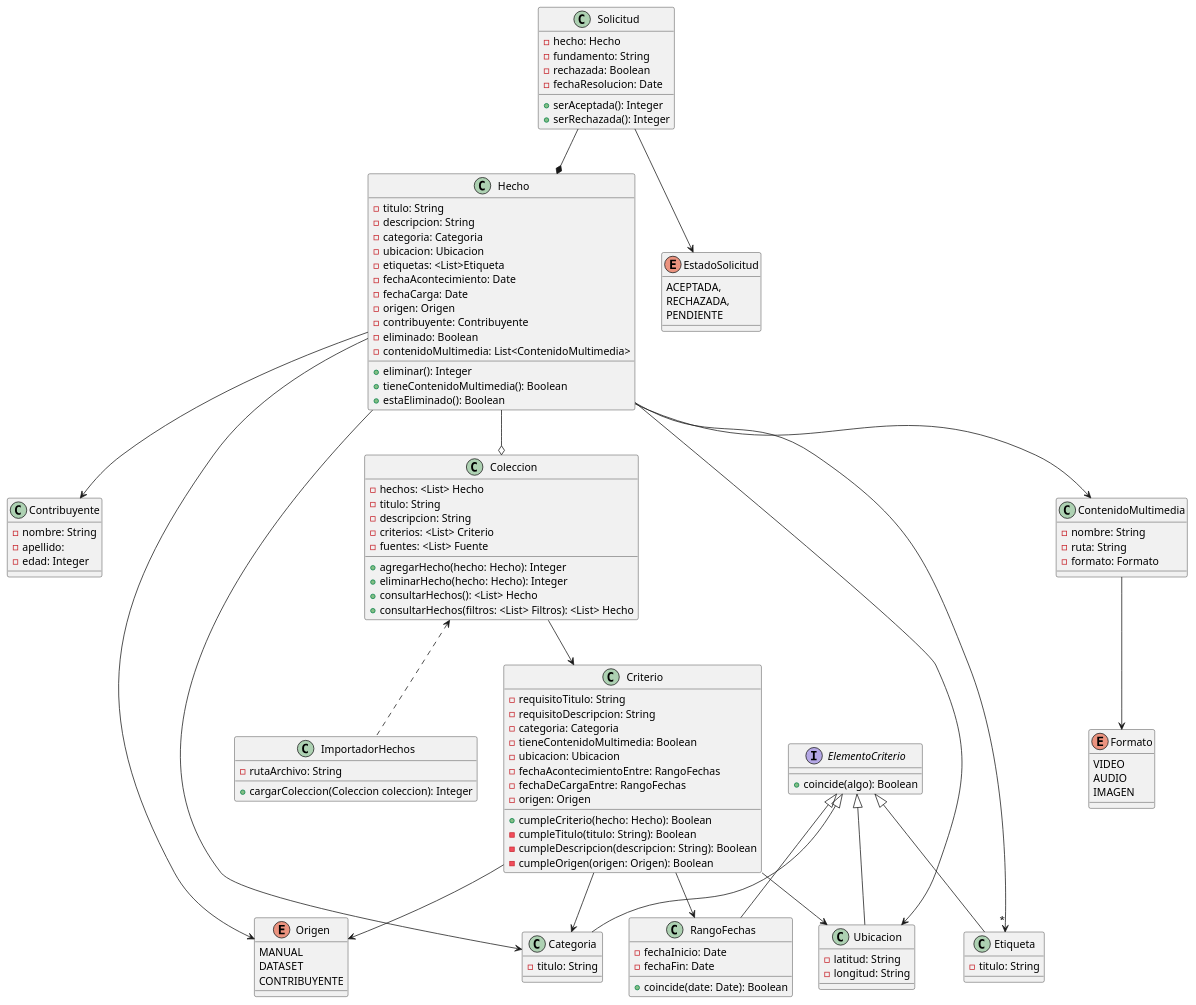
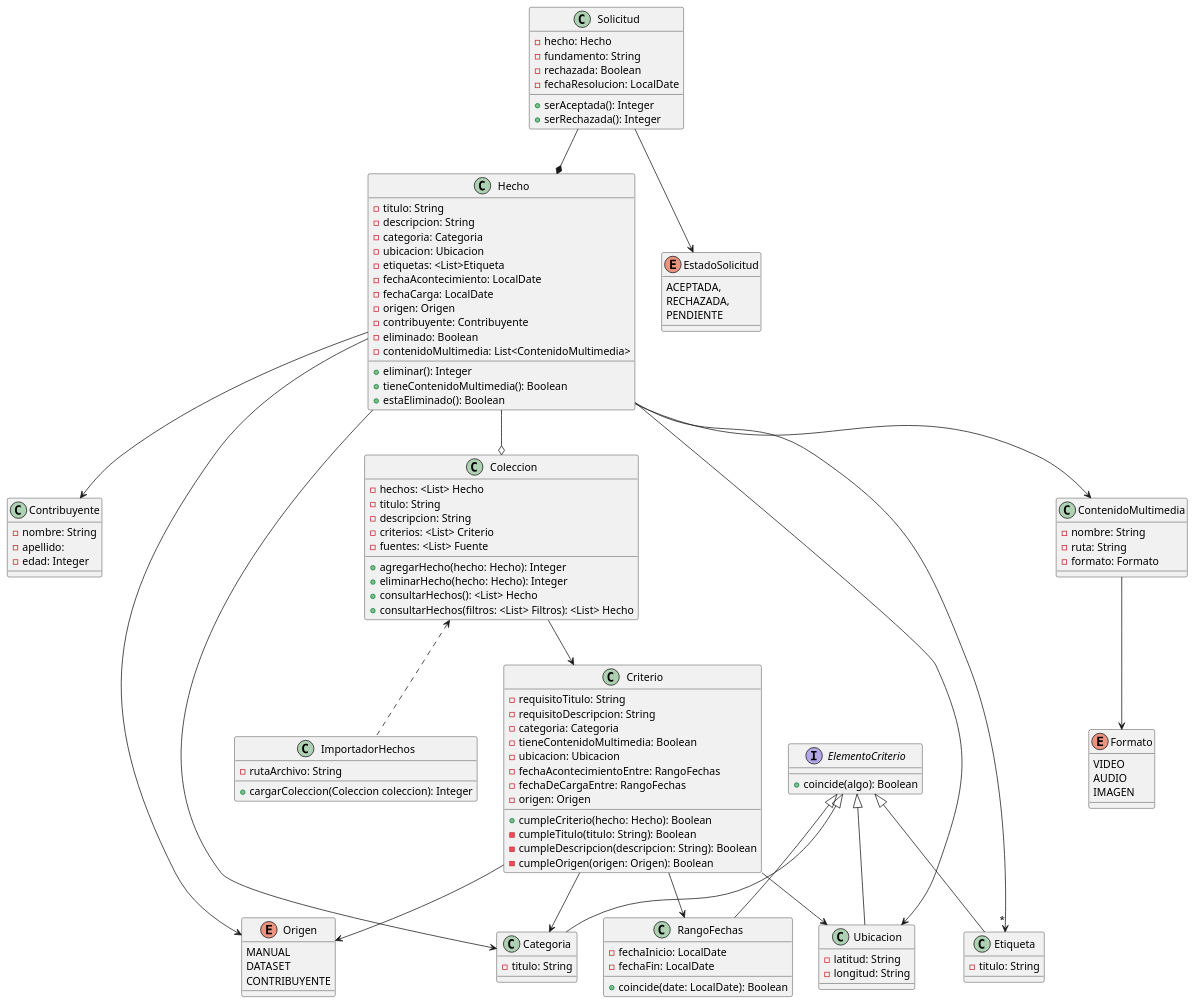
One commit to BrunoRodriguezzz/tp-dsi changed the diagram in DiagramaDeClases-1°Entrega.puml. Above: the diagram before and after it, drawn with PlantUML. The commit also changed 3 other files, not shown here.

```diff
--- a/DiagramaDeClases-1°Entrega.puml
+++ b/DiagramaDeClases-1°Entrega.puml
@@ -1,144 +1,144 @@
 @startuml
 'Hecho
 Hecho --> Contribuyente
 Hecho --> Origen
 Hecho --> Categoria
 Hecho --> Ubicacion
 Hecho -->"*" Etiqueta
 Hecho --o Coleccion
 
 Solicitud --* Hecho
 
 Coleccion --> Criterio
 
 'Criterio
 Criterio --> RangoFechas
 Criterio --> Origen
 Criterio --> Categoria
 Criterio --> Ubicacion
 
 Solicitud --> EstadoSolicitud
 
 'Interface
 ElementoCriterio <|-- Ubicacion
 ElementoCriterio <|-- Categoria
 ElementoCriterio <|-- Etiqueta
 ElementoCriterio <|-- RangoFechas
 
 ContenidoMultimedia --> Formato
 Hecho --> ContenidoMultimedia
 Coleccion <.. ImportadorHechos
 
 class Contribuyente {
     -nombre: String
     -apellido:
     -edad: Integer
 }
 
 enum EstadoSolicitud {
     ACEPTADA,
     RECHAZADA,
     PENDIENTE
 }
 
 class ContenidoMultimedia {
     -nombre: String
     -ruta: String
     -formato: Formato
 }
 
 enum Formato {
     VIDEO
     AUDIO
     IMAGEN
 }
 
 class Hecho {
     -titulo: String
     -descripcion: String
     -categoria: Categoria
     -ubicacion: Ubicacion
     -etiquetas: <List>Etiqueta
-    -fechaAcontecimiento: Date
-    -fechaCarga: Date
+    -fechaAcontecimiento: LocalDate
+    -fechaCarga: LocalDate
     -origen: Origen
     -contribuyente: Contribuyente
     -eliminado: Boolean
     -contenidoMultimedia: List<ContenidoMultimedia>
     +eliminar(): Integer
     +tieneContenidoMultimedia(): Boolean
     +estaEliminado(): Boolean
 }
 
 class ImportadorHechos {
     -rutaArchivo: String
     +cargarColeccion(Coleccion coleccion): Integer
 }
 
 class Etiqueta {
     -titulo: String
 }
 
 enum Origen {
     MANUAL
     DATASET
     CONTRIBUYENTE
 }
 
 class Categoria {
     -titulo: String
 }
 
 class Ubicacion {
     -latitud: String
     -longitud: String
 }
 
 class Solicitud {
     -hecho: Hecho
     -fundamento: String
     -rechazada: Boolean
-    -fechaResolucion: Date
+    -fechaResolucion: LocalDate
     +serAceptada(): Integer
     +serRechazada(): Integer
 }
 
 class Coleccion {
     -hechos: <List> Hecho
     -titulo: String
     -descripcion: String
     -criterios: <List> Criterio
     -fuentes: <List> Fuente
     +agregarHecho(hecho: Hecho): Integer
     +eliminarHecho(hecho: Hecho): Integer
     'Solo para representar overload
     +consultarHechos(): <List> Hecho
     +consultarHechos(filtros: <List> Filtros): <List> Hecho
 
 }
 
 class Criterio{
     -requisitoTitulo: String
     -requisitoDescripcion: String
     -categoria: Categoria
     -tieneContenidoMultimedia: Boolean
     -ubicacion: Ubicacion
     -fechaAcontecimientoEntre: RangoFechas
     -fechaDeCargaEntre: RangoFechas
     -origen: Origen
     +cumpleCriterio(hecho: Hecho): Boolean
     -cumpleTitulo(titulo: String): Boolean
     -cumpleDescripcion(descripcion: String): Boolean
     -cumpleOrigen(origen: Origen): Boolean
 }
 
 class RangoFechas {
-    -fechaInicio: Date
-    -fechaFin: Date
-    +coincide(date: Date): Boolean
+    -fechaInicio: LocalDate
+    -fechaFin: LocalDate
+    +coincide(date: LocalDate): Boolean
 }
 
 interface ElementoCriterio{
     +coincide(algo): Boolean
 }
 @enduml
```
